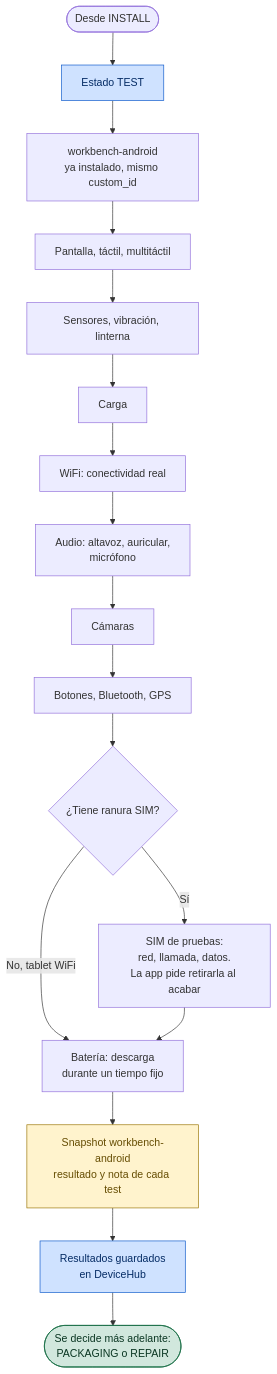
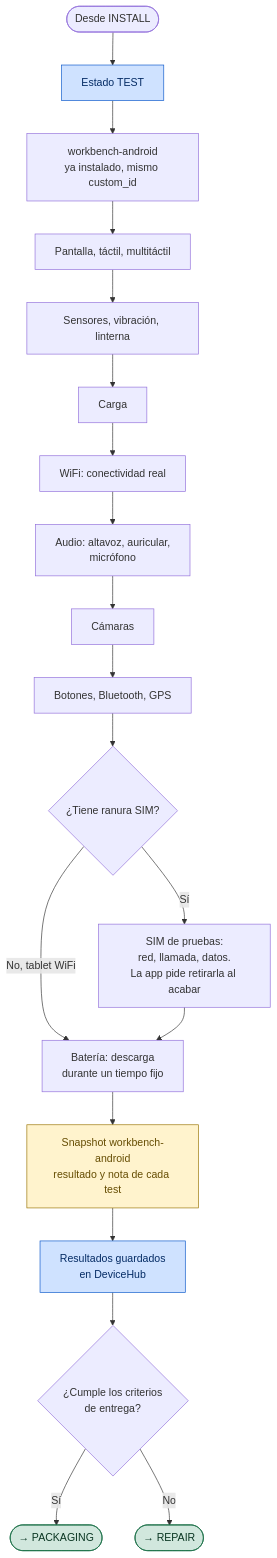
The sixth of 8 diagrams in docs/diagramas-detallados.md (aucoop/vincle-digital-docs), drawn with Mermaid before and after one commit. The commit also changed other lines of this file, not shown here.

````diff
--- a/docs/diagramas-detallados.md
+++ b/docs/diagramas-detallados.md
@@ -302,25 +308,27 @@
 ```mermaid
 flowchart TD
     IN(["Desde INSTALL"]) --> ST_T["Estado TEST"]:::dh
     ST_T --> WB["workbench-android<br/>ya instalado, mismo custom_id"]
 
     WB --> T1["Pantalla, táctil, multitáctil"]
     T1 --> T2["Sensores, vibración, linterna"]
     T2 --> T3["Carga"]
     T3 --> T4["WiFi: conectividad real"]
     T4 --> T5["Audio: altavoz, auricular,<br/>micrófono"]
     T5 --> T6["Cámaras"]
     T6 --> T7["Botones, Bluetooth, GPS"]
     T7 --> HASSIM{"¿Tiene ranura SIM?"}
     HASSIM -->|"Sí"| T8["SIM de pruebas:<br/>red, llamada, datos.<br/>La app pide retirarla al acabar"]
     HASSIM -->|"No, tablet WiFi"| T9
     T8 --> T9["Batería: descarga<br/>durante un tiempo fijo"]
 
     T9 --> SNAP["Snapshot workbench-android<br/>resultado y nota de cada test"]:::checkpoint
     SNAP --> PROPS["Resultados guardados<br/>en DeviceHub"]:::dh
-    PROPS --> NEXT(["Se decide más adelante:<br/>PACKAGING o REPAIR"]):::ok
+    PROPS --> DEC{"¿Cumple los criterios<br/>de entrega?"}
+    DEC -->|"Sí"| PACK(["→ PACKAGING"]):::ok
+    DEC -->|"No"| REP(["→ REPAIR"]):::ok
 
     classDef ok fill:#d1e7dd,stroke:#146c43,color:#0a3622
     classDef checkpoint fill:#fff3cd,stroke:#997404,color:#664d03
     classDef dh fill:#cfe2ff,stroke:#0a58ca,color:#052c65
 ```
````
